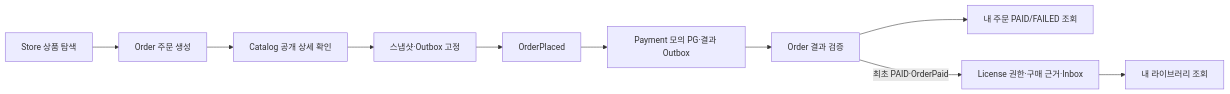
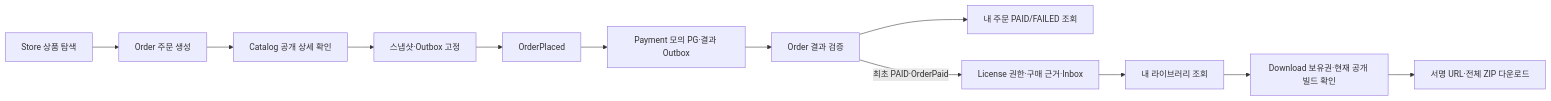
The second of 2 diagrams in docs/domain/workflows.md (tlswltjq/esd-platform), drawn with Mermaid before and after one commit. The commit also changed other lines of this file and 140 other files, not shown here.

````diff
--- a/docs/domain/workflows.md
+++ b/docs/domain/workflows.md
@@ -70,12 +72,14 @@
 ```mermaid
 flowchart LR
     S[Store 상품 탐색] --> O[Order 주문 생성]
     O --> C[Catalog 공개 상세 확인]
     C --> F[스냅샷·Outbox 고정]
     F --> P[OrderPlaced]
     P --> T[Payment 모의 PG·결과 Outbox]
     T --> R[Order 결과 검증]
     R --> Q[내 주문 PAID/FAILED 조회]
     R -->|최초 PAID·OrderPaid| L[License 권한·구매 근거·Inbox]
     L --> B[내 라이브러리 조회]
+    B --> D[Download 보유권·현재 공개 빌드 확인]
+    D --> U[서명 URL·전체 ZIP 다운로드]
 ```
````
